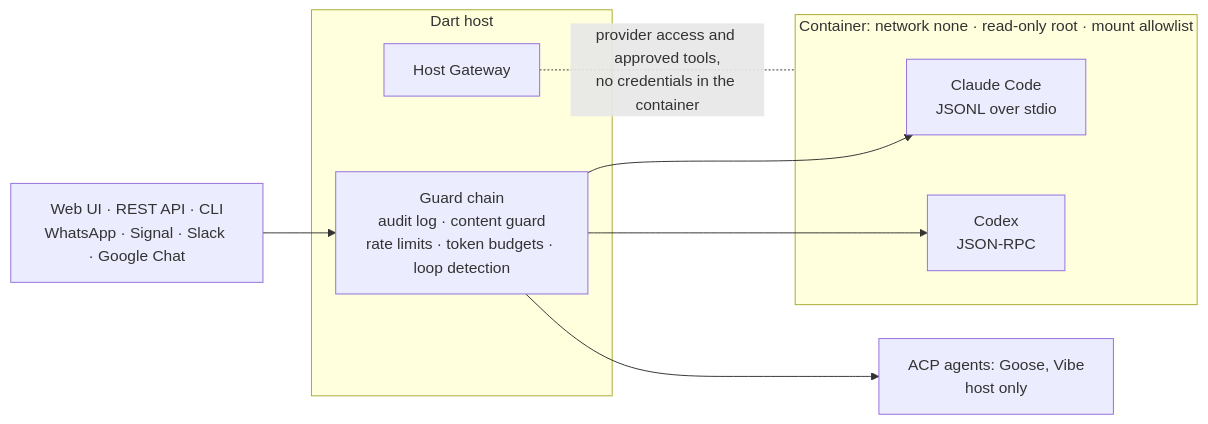
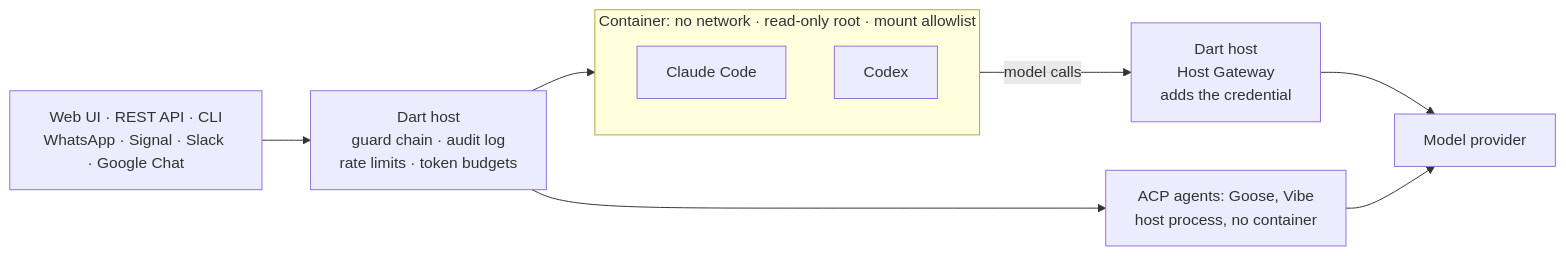
The diagram in README.md (DartClaw/dartclaw), drawn with Mermaid before and after one commit. The commit also changed other lines of this file, not shown here.

Commit message:
docs: sharpen README opening and feature list, add the PostgreSQL provisioning step to the quick start, correct governance/container/ACP claims

````diff
--- a/README.md
+++ b/README.md
@@ -153,17 +164,18 @@
 ```mermaid
 flowchart LR
   IN["Web UI · REST API · CLI<br/>WhatsApp · Signal · Slack · Google Chat"]
-  subgraph HOST["Dart host"]
-    GC["Guard chain<br/>audit log · content guard<br/>rate limits · token budgets · loop detection"]
-    HG["Host Gateway"]
+  GC["Dart host<br/>guard chain · audit log<br/>rate limits · token budgets"]
+  subgraph BOX["Container: no network · read-only root · mount allowlist"]
+    CL["Claude Code"]
+    CX["Codex"]
   end
-  subgraph BOX["Container: network none · read-only root · mount allowlist"]
-    CL["Claude Code<br/>JSONL over stdio"]
-    CX["Codex<br/>JSON-RPC"]
-  end
-  ACP["ACP agents: Goose, Vibe<br/>host only"]
+  HG["Dart host<br/>Host Gateway<br/>adds the credential"]
+  ACP["ACP agents: Goose, Vibe<br/>host process, no container"]
+  LLM["Model provider"]
   IN --> GC
-  GC --> CL & CX
+  GC --> BOX
+  BOX -- "model calls" --> HG
+  HG --> LLM
   GC --> ACP
-  HG -. "provider access and approved tools,<br/>no credentials in the container" .- BOX
+  ACP --> LLM
 ```
````
